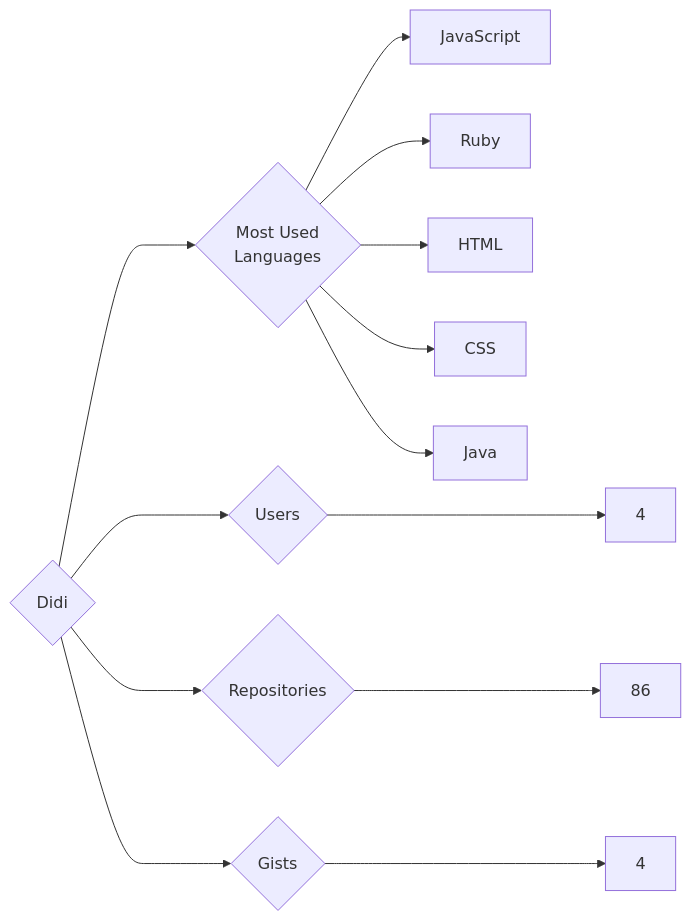
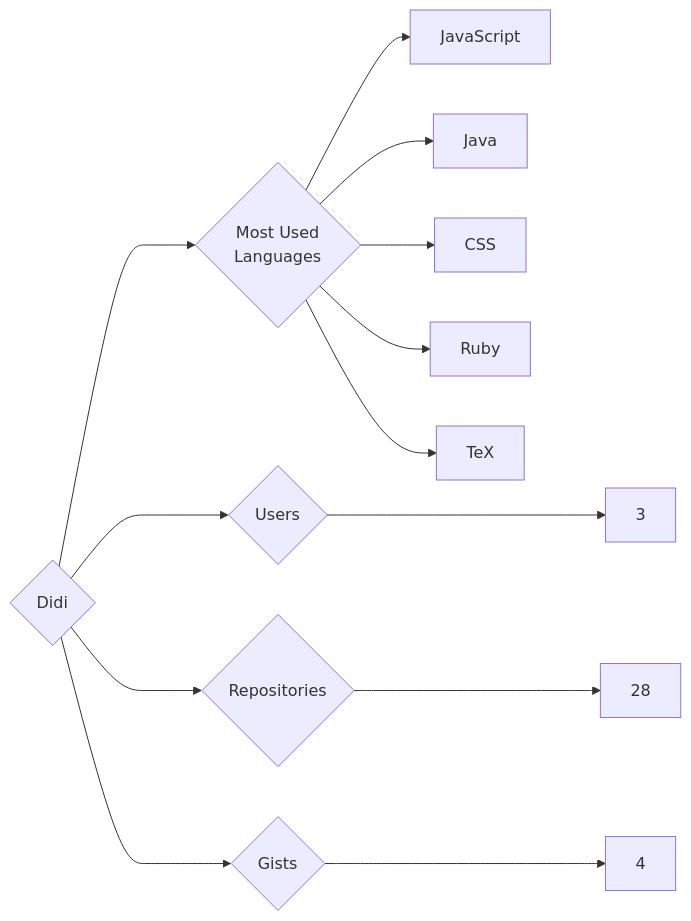
One commit to trickest/insiders changed the diagram in targets/Didi/README.md. Above: the diagram before and after it, drawn with Mermaid. The commit also changed 993 other files, not shown here.

````diff
--- a/targets/Didi/README.md
+++ b/targets/Didi/README.md
@@ -3,13 +3,13 @@
 ```mermaid
 graph LR
 COMPANY_NAME{Didi}
-COMPANY_NAME ---> U{Users} ---> UN[4]
-COMPANY_NAME ---> R{Repositories} ---> RN[86]
+COMPANY_NAME ---> U{Users} ---> UN[3]
+COMPANY_NAME ---> R{Repositories} ---> RN[28]
 COMPANY_NAME ---> G{Gists} ---> GN[4]
 COMPANY_NAME ---> ML{Most Used<br>Languages}
 ML --> JavaScript[JavaScript]
+ML --> Java[Java]
+ML --> CSS[CSS]
 ML --> Ruby[Ruby]
-ML --> HTML[HTML]
-ML --> CSS[CSS]
-ML --> Java[Java]
+ML --> TeX[TeX]
 ```
````
